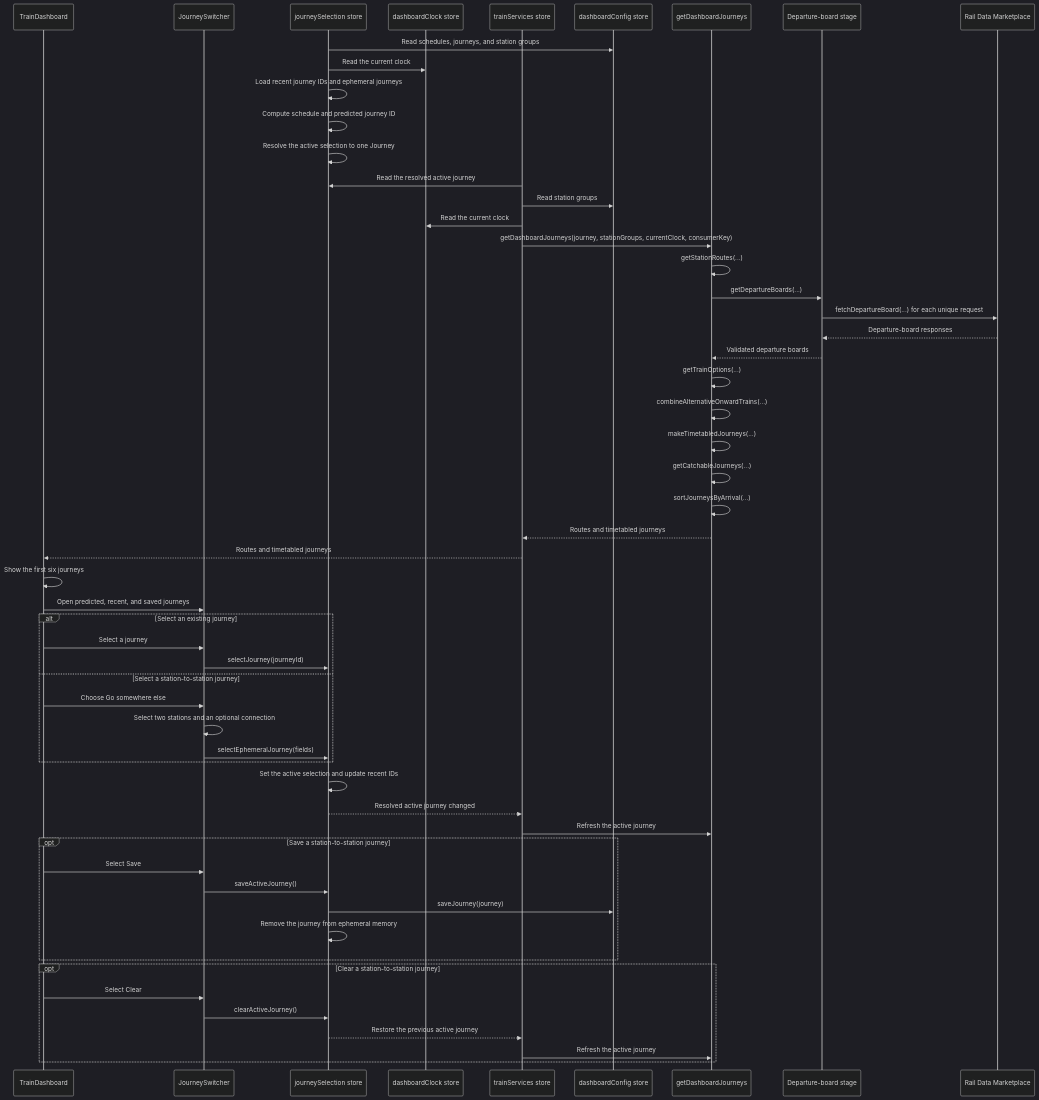
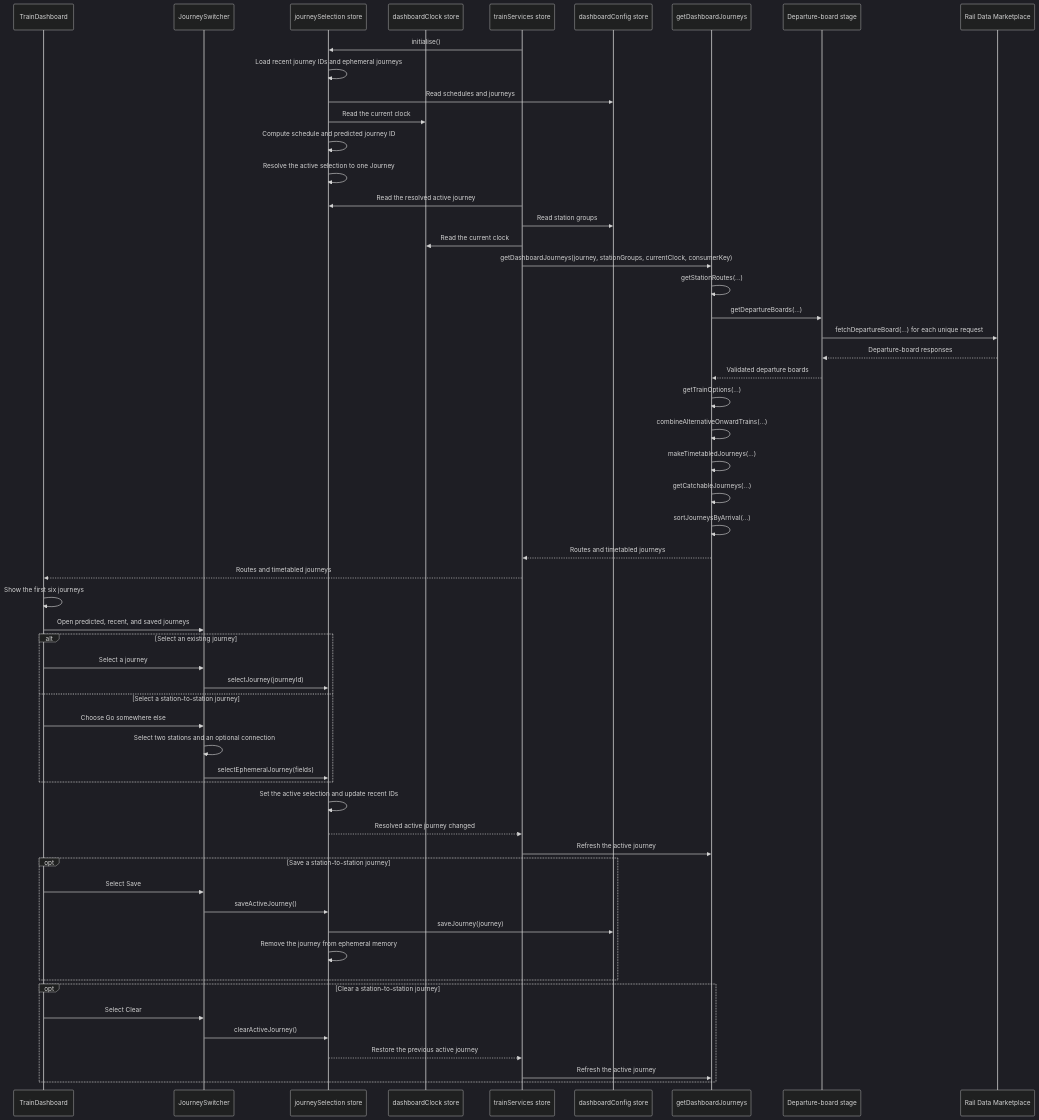
Before and after one commit to nd9600/trainDashboard: the first of 2 diagrams in docs/journey-planning.md, drawn with Mermaid (dark theme). The commit also changed other lines of this file and 20 other files, not shown here.

````diff
--- a/docs/journey-planning.md
+++ b/docs/journey-planning.md
@@ -37,62 +37,63 @@
 ```mermaid
 sequenceDiagram
     participant UI as TrainDashboard
     participant Switcher as JourneySwitcher
     participant Selection as journeySelection store
     participant Clock as dashboardClock store
     participant Store as trainServices store
     participant Config as dashboardConfig store
     participant Pipeline as getDashboardJourneys
     participant Boards as Departure-board stage
     participant API as Rail Data Marketplace
 
-    Selection->>Config: Read schedules, journeys, and station groups
+    Store->>Selection: initialise()
+    Selection->>Selection: Load recent journey IDs and ephemeral journeys
+    Selection->>Config: Read schedules and journeys
     Selection->>Clock: Read the current clock
-    Selection->>Selection: Load recent journey IDs and ephemeral journeys
     Selection->>Selection: Compute schedule and predicted journey ID
     Selection->>Selection: Resolve the active selection to one Journey
     Store->>Selection: Read the resolved active journey
     Store->>Config: Read station groups
     Store->>Clock: Read the current clock
     Store->>Pipeline: getDashboardJourneys(journey, stationGroups, currentClock, consumerKey)
     Pipeline->>Pipeline: getStationRoutes(...)
     Pipeline->>Boards: getDepartureBoards(...)
     Boards->>API: fetchDepartureBoard(...) for each unique request
     API-->>Boards: Departure-board responses
     Boards-->>Pipeline: Validated departure boards
     Pipeline->>Pipeline: getTrainOptions(...)
     Pipeline->>Pipeline: combineAlternativeOnwardTrains(...)
     Pipeline->>Pipeline: makeTimetabledJourneys(...)
     Pipeline->>Pipeline: getCatchableJourneys(...)
     Pipeline->>Pipeline: sortJourneysByArrival(...)
     Pipeline-->>Store: Routes and timetabled journeys
     Store-->>UI: Routes and timetabled journeys
     UI->>UI: Show the first six journeys
 
     UI->>Switcher: Open predicted, recent, and saved journeys
     alt Select an existing journey
         UI->>Switcher: Select a journey
         Switcher->>Selection: selectJourney(journeyId)
     else Select a station-to-station journey
         UI->>Switcher: Choose Go somewhere else
         Switcher->>Switcher: Select two stations and an optional connection
         Switcher->>Selection: selectEphemeralJourney(fields)
     end
     Selection->>Selection: Set the active selection and update recent IDs
     Selection-->>Store: Resolved active journey changed
     Store->>Pipeline: Refresh the active journey
 
     opt Save a station-to-station journey
         UI->>Switcher: Select Save
         Switcher->>Selection: saveActiveJourney()
         Selection->>Config: saveJourney(journey)
         Selection->>Selection: Remove the journey from ephemeral memory
     end
 
     opt Clear a station-to-station journey
         UI->>Switcher: Select Clear
         Switcher->>Selection: clearActiveJourney()
         Selection-->>Store: Restore the previous active journey
         Store->>Pipeline: Refresh the active journey
     end
 ```
````
